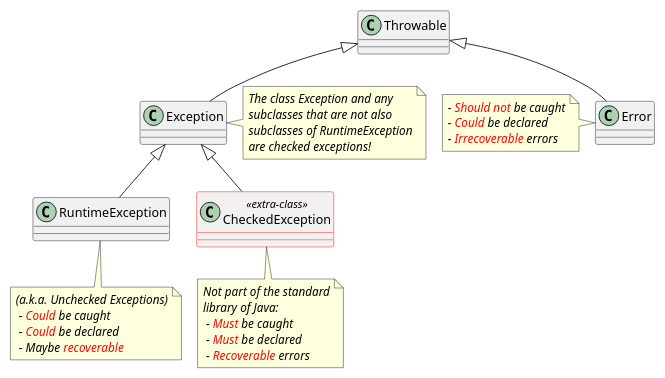
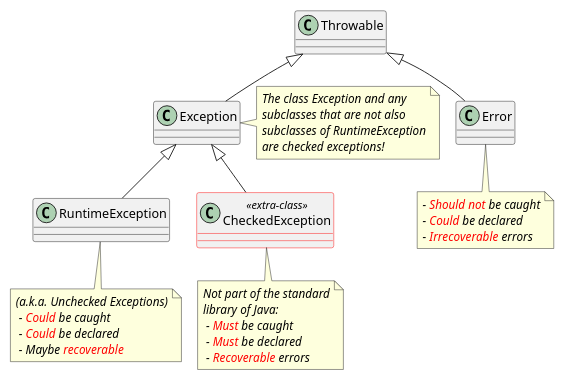
Before and after one commit to ThorstenEckstein/programmierung2-W3WI-109-ss24: the diagram in module-exceptions/docs/diagrams/exceptions-hierarchy.puml, drawn with PlantUML. The commit also changed 6 other files, not shown here.

```diff
--- a/module-exceptions/docs/diagrams/exceptions-hierarchy.puml
+++ b/module-exceptions/docs/diagrams/exceptions-hierarchy.puml
@@ -1,54 +1,54 @@
 @startuml
 !pragma layout smetana
 'https://plantuml.com/class-diagram
 
 scale 0.9
 
 skinparam class {
   BorderColor<<extra-class>> Red
 }
 skinparam note {
   fontStyle italic
 }
 skinparam groupInheritance 1
 
 class Throwable
 class Exception
 class Error
 class RuntimeException
 class CheckedException <<extra-class>>
 
 Throwable   <|--   Exception
 Throwable   <|--   Error
 Exception   <|--   RuntimeException
 Exception   <|--   CheckedException
 
-note left of Error
+note bottom of Error
  - <color:red>Should not</color> be caught
  - <color:red>Could</color> be declared
  - <color:red>Irrecoverable</color> errors
 end note
 
 note right of Exception
  The class Exception and any
  subclasses that are not also
  subclasses of RuntimeException
  are checked exceptions!
 end note
 
 note bottom of RuntimeException
 (a.k.a. Unchecked Exceptions)
  - <color:red>Could</color> be caught
  - <color:red>Could</color> be declared
  - Maybe <color:red>recoverable</color>
 end note
 
 note bottom of CheckedException
 Not part of the standard
 library of Java:
  - <color:red>Must</color> be caught
  - <color:red>Must</color> be declared
  - <color:red>Recoverable</color> errors
 end note
 
 @enduml
```
